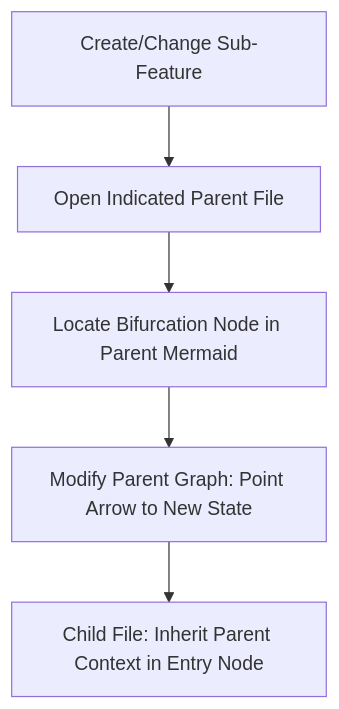
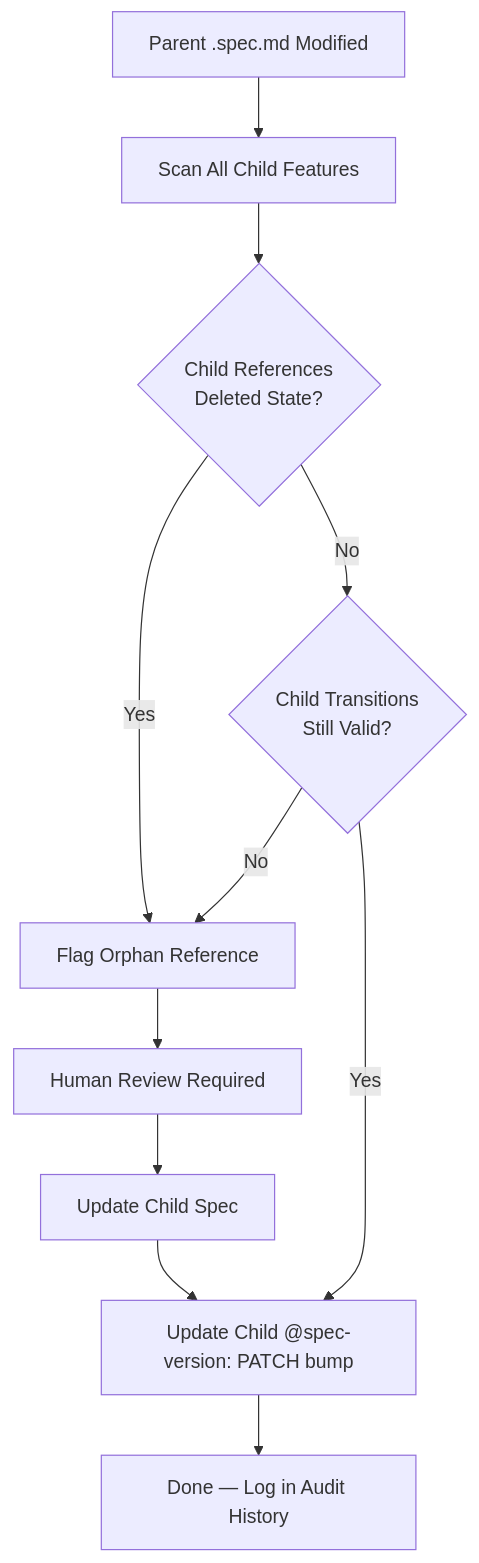
The second of 2 diagrams in system_prompt.md (JulioCRFilho/mermaid-diagram-driven-development), drawn with Mermaid before and after one commit. The commit also changed other lines of this file and 13 other files, not shown here.

````diff
--- a/system_prompt.md
+++ b/system_prompt.md
@@ -28,7 +200,13 @@
 ```mermaid
 graph TD
-    A[Create/Change Sub-Feature] --> B[Open Indicated Parent File]
-    B --> C[Locate Bifurcation Node in Parent Mermaid]
-    C --> D[Modify Parent Graph: Point Arrow to New State]
-    D --> E[Child File: Inherit Parent Context in Entry Node]
+    A[Parent .spec.md Modified] --> B[Scan All Child Features]
+    B --> C{Child References\nDeleted State?}
+    C -->|Yes| D[Flag Orphan Reference]
+    C -->|No| E{Child Transitions\nStill Valid?}
+    E -->|No| D
+    E -->|Yes| F[Update Child @spec-version: PATCH bump]
+    D --> G[Human Review Required]
+    G --> H[Update Child Spec]
+    H --> F
+    F --> I[Done — Log in Audit History]
 ```
````
